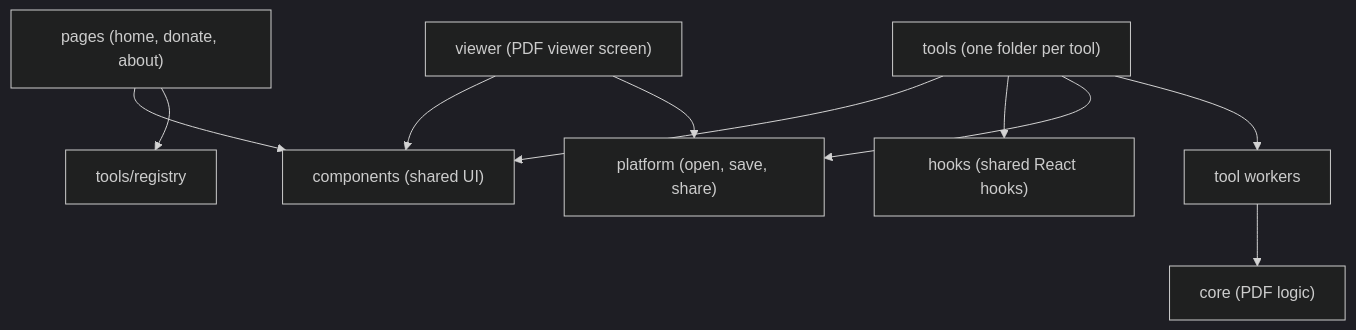
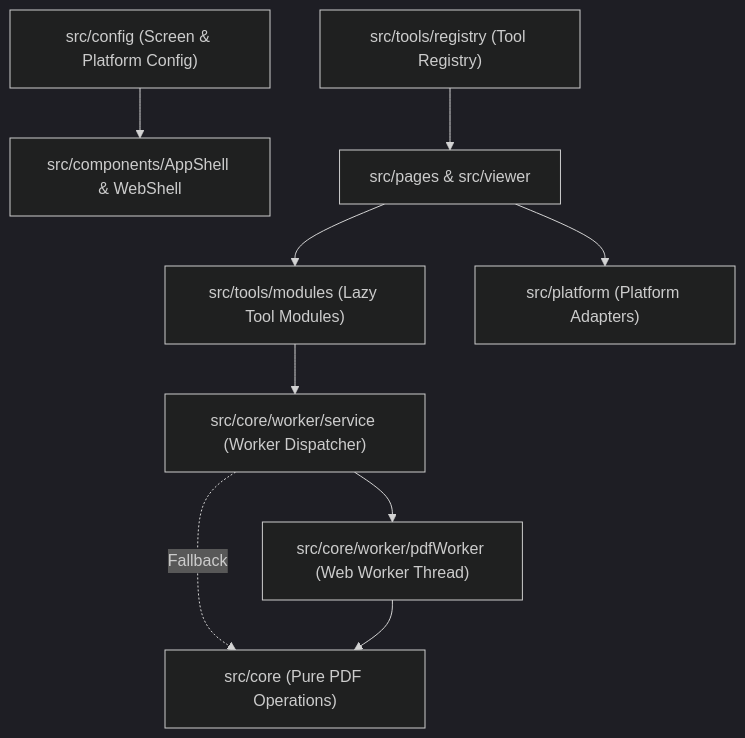
Before and after one commit to intabtools/intabpdf: the first of 2 diagrams in docs/architecture.md, drawn with Mermaid (dark theme). The commit also changed other lines of this file and 75 other files, not shown here.

Commit message:
core: add local PDF processing and six PDF tools

````diff
--- a/docs/architecture.md
+++ b/docs/architecture.md
@@ -22,12 +13,11 @@
 ```mermaid
 flowchart TD
-    Pages["pages (home, donate, about)"] --> Components["components (shared UI)"]
-    Pages --> Registry["tools/registry"]
-    Tools["tools (one folder per tool)"] --> Components
-    Tools --> Hooks["hooks (shared React hooks)"]
-    Tools --> Platform["platform (open, save, share)"]
-    Tools --> Workers["tool workers"]
-    Workers --> Core["core (PDF logic)"]
-    Viewer["viewer (PDF viewer screen)"] --> Components
-    Viewer --> Platform
+    Config["src/config (Screen & Platform Config)"] --> Shell["src/components/AppShell & WebShell"]
+    Registry["src/tools/registry (Tool Registry)"] --> Pages["src/pages & src/viewer"]
+    Pages --> Modules["src/tools/modules (Lazy Tool Modules)"]
+    Modules --> WorkerService["src/core/worker/service (Worker Dispatcher)"]
+    WorkerService --> WebWorker["src/core/worker/pdfWorker (Web Worker Thread)"]
+    WorkerService -.->|Fallback| Core["src/core (Pure PDF Operations)"]
+    WebWorker --> Core
+    Pages --> Platform["src/platform (Platform Adapters)"]
 ```
````
